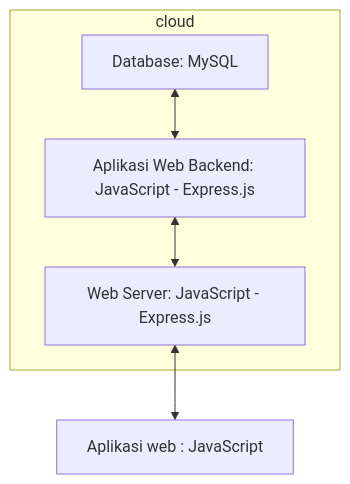
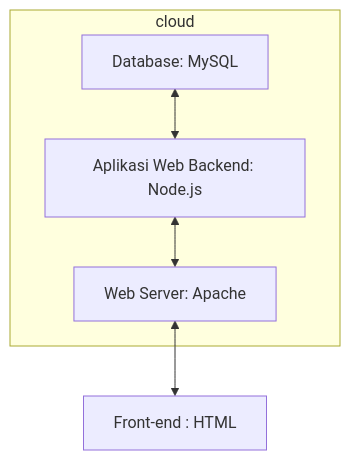
The second of 2 diagrams in README.md (idhahamidaturrosadi19/enjoyread), drawn with Mermaid before and after one commit.

````diff
--- a/README.md
+++ b/README.md
@@ -100,8 +100,8 @@
 ```mermaid
 flowchart BT 
   subgraph cloud
-    B[Web Server: JavaScript - Express.js] <--> C[Aplikasi Web Backend: JavaScript - Express.js] 
+    B[Web Server: Apache] <--> C[Aplikasi Web Backend: Node.js] 
     C <--> D[Database: MySQL] 
   end
-  A[Aplikasi web : JavaScript] <--> B
+  A[Front-end : HTML] <--> B
 ```
````
